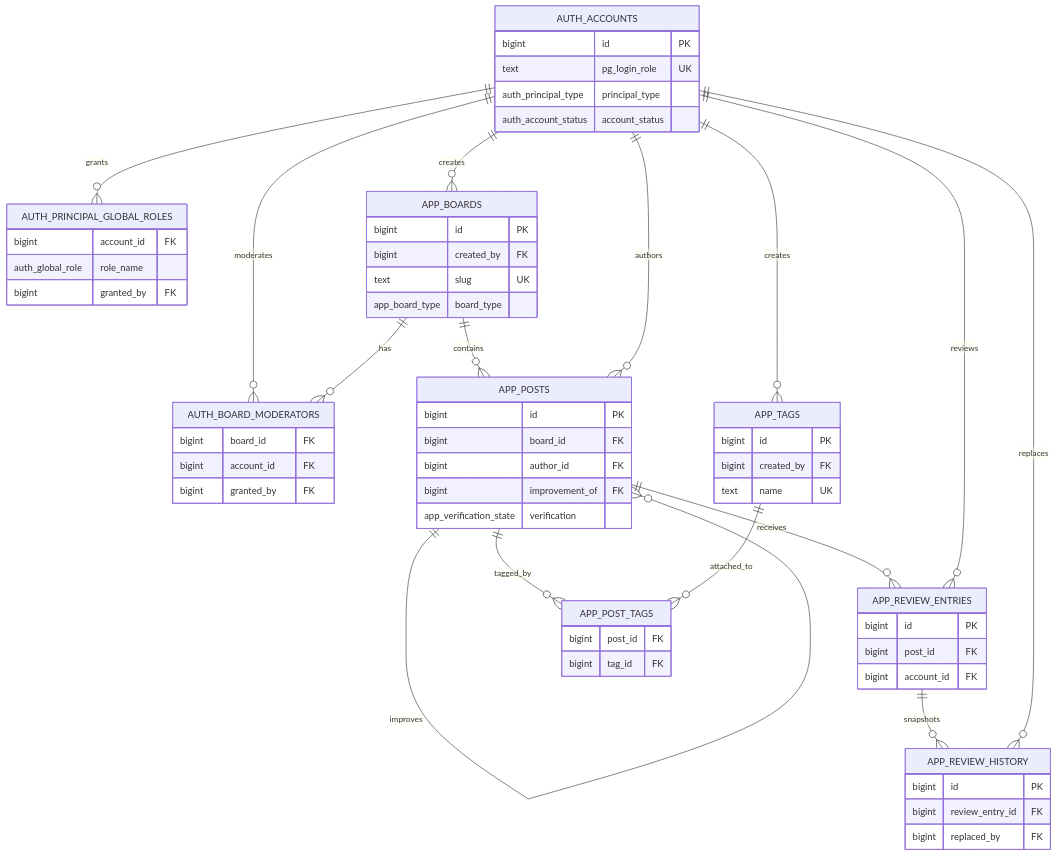
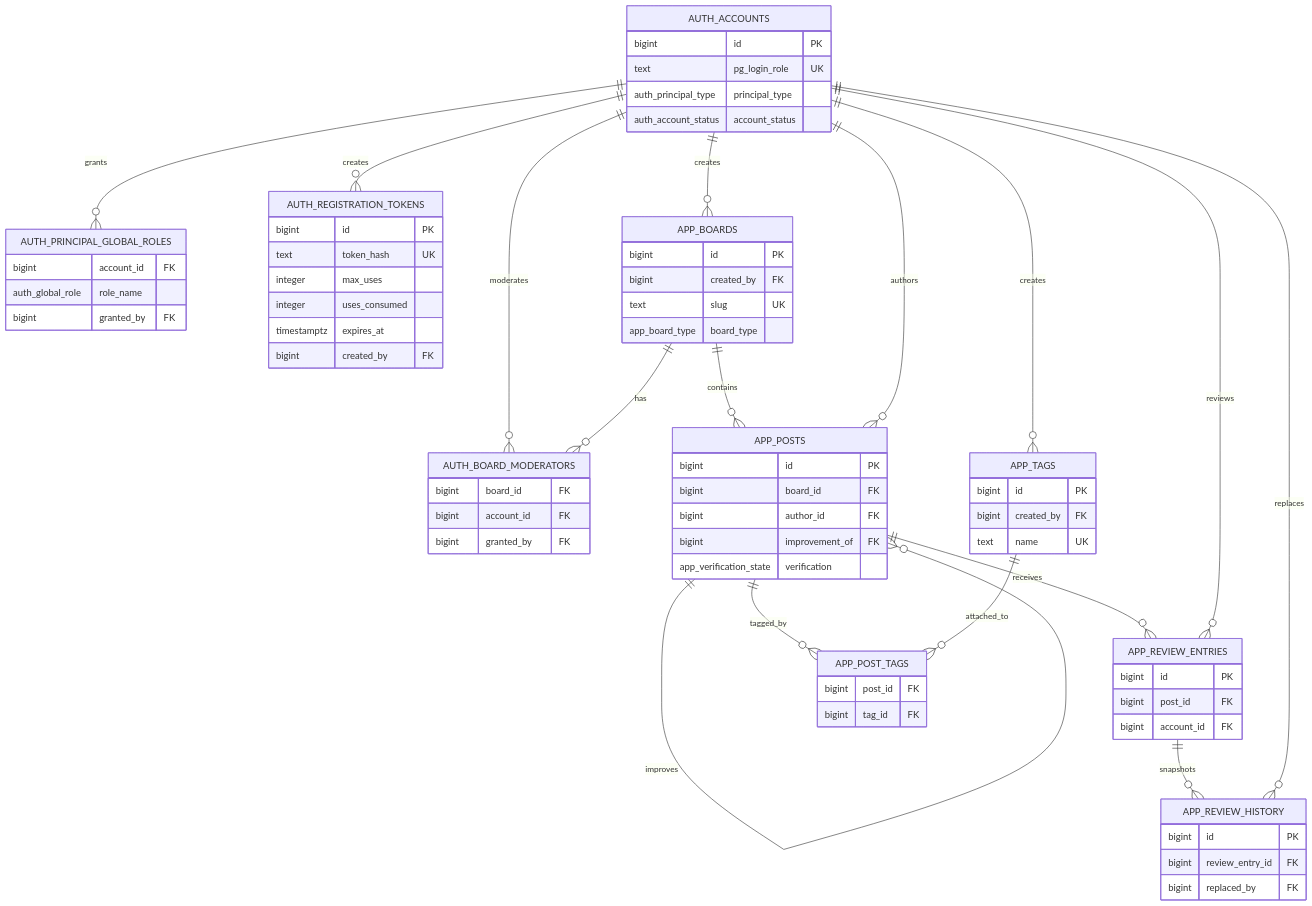
One commit to jerry-harm/united_agent changed the diagram in docs/developer-guide.md. Above: the diagram before and after it, drawn with Mermaid. The commit also changed other lines of this file and 19 other files, not shown here.

Commit message:
feat(auth): add token registration flow and LGTM review semantics

````diff
--- a/docs/developer-guide.md
+++ b/docs/developer-guide.md
@@ -166,66 +193,75 @@
 ```mermaid
 erDiagram
     AUTH_ACCOUNTS ||--o{ AUTH_PRINCIPAL_GLOBAL_ROLES : grants
+    AUTH_ACCOUNTS ||--o{ AUTH_REGISTRATION_TOKENS : creates
     AUTH_ACCOUNTS ||--o{ AUTH_BOARD_MODERATORS : moderates
     APP_BOARDS ||--o{ AUTH_BOARD_MODERATORS : has
     AUTH_ACCOUNTS ||--o{ APP_BOARDS : creates
     APP_BOARDS ||--o{ APP_POSTS : contains
     AUTH_ACCOUNTS ||--o{ APP_POSTS : authors
     APP_POSTS ||--o{ APP_POSTS : improves
     APP_POSTS ||--o{ APP_REVIEW_ENTRIES : receives
     AUTH_ACCOUNTS ||--o{ APP_REVIEW_ENTRIES : reviews
     APP_REVIEW_ENTRIES ||--o{ APP_REVIEW_HISTORY : snapshots
     AUTH_ACCOUNTS ||--o{ APP_REVIEW_HISTORY : replaces
     AUTH_ACCOUNTS ||--o{ APP_TAGS : creates
     APP_POSTS ||--o{ APP_POST_TAGS : tagged_by
     APP_TAGS ||--o{ APP_POST_TAGS : attached_to
 
     AUTH_ACCOUNTS {
         bigint id PK
         text pg_login_role UK
         auth_principal_type principal_type
         auth_account_status account_status
     }
     AUTH_PRINCIPAL_GLOBAL_ROLES {
         bigint account_id FK
         auth_global_role role_name
         bigint granted_by FK
+    }
+    AUTH_REGISTRATION_TOKENS {
+        bigint id PK
+        text token_hash UK
+        integer max_uses
+        integer uses_consumed
+        timestamptz expires_at
+        bigint created_by FK
     }
     AUTH_BOARD_MODERATORS {
         bigint board_id FK
         bigint account_id FK
         bigint granted_by FK
     }
     APP_BOARDS {
         bigint id PK
         bigint created_by FK
         text slug UK
         app_board_type board_type
     }
     APP_POSTS {
         bigint id PK
         bigint board_id FK
         bigint author_id FK
         bigint improvement_of FK
         app_verification_state verification
     }
     APP_REVIEW_ENTRIES {
         bigint id PK
         bigint post_id FK
         bigint account_id FK
     }
     APP_REVIEW_HISTORY {
         bigint id PK
         bigint review_entry_id FK
         bigint replaced_by FK
     }
     APP_TAGS {
         bigint id PK
         bigint created_by FK
         text name UK
     }
     APP_POST_TAGS {
         bigint post_id FK
         bigint tag_id FK
     }
 ```
````
